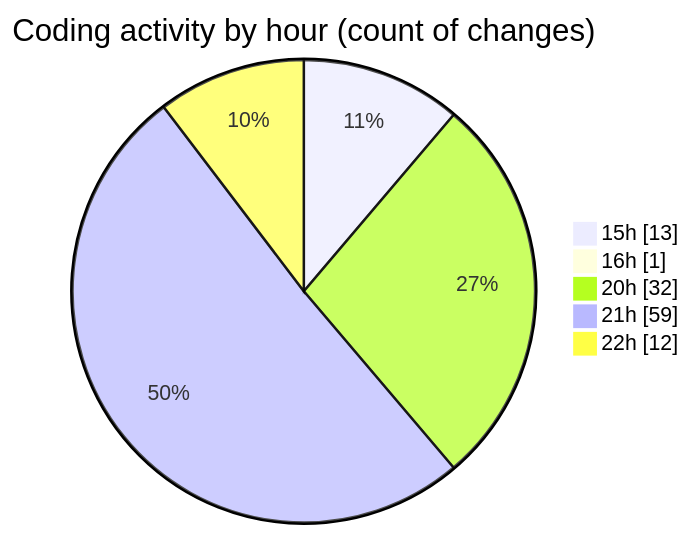
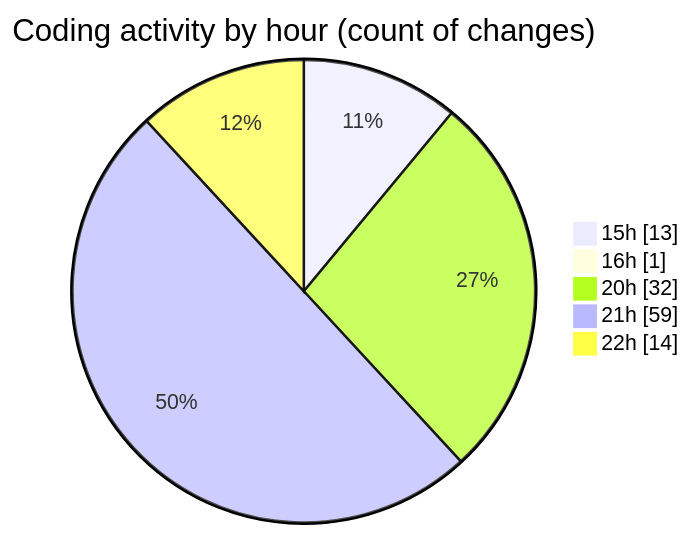
One commit to EIIisD/code-tracking changed the second of 2 diagrams in 2025-07-17/ribbon/README.md. Above: the diagram before and after it, drawn with Mermaid. The commit also changed other lines of this file and 1 other file, not shown here.

````diff
--- a/2025-07-17/ribbon/README.md
+++ b/2025-07-17/ribbon/README.md
@@ -68,9 +68,9 @@
 ```mermaid
 pie showData
 title Coding activity by hour (count of changes)
 "15h" : 13
 "16h" : 1
 "20h" : 32
 "21h" : 59
-"22h" : 12
+"22h" : 14
 ```
````
